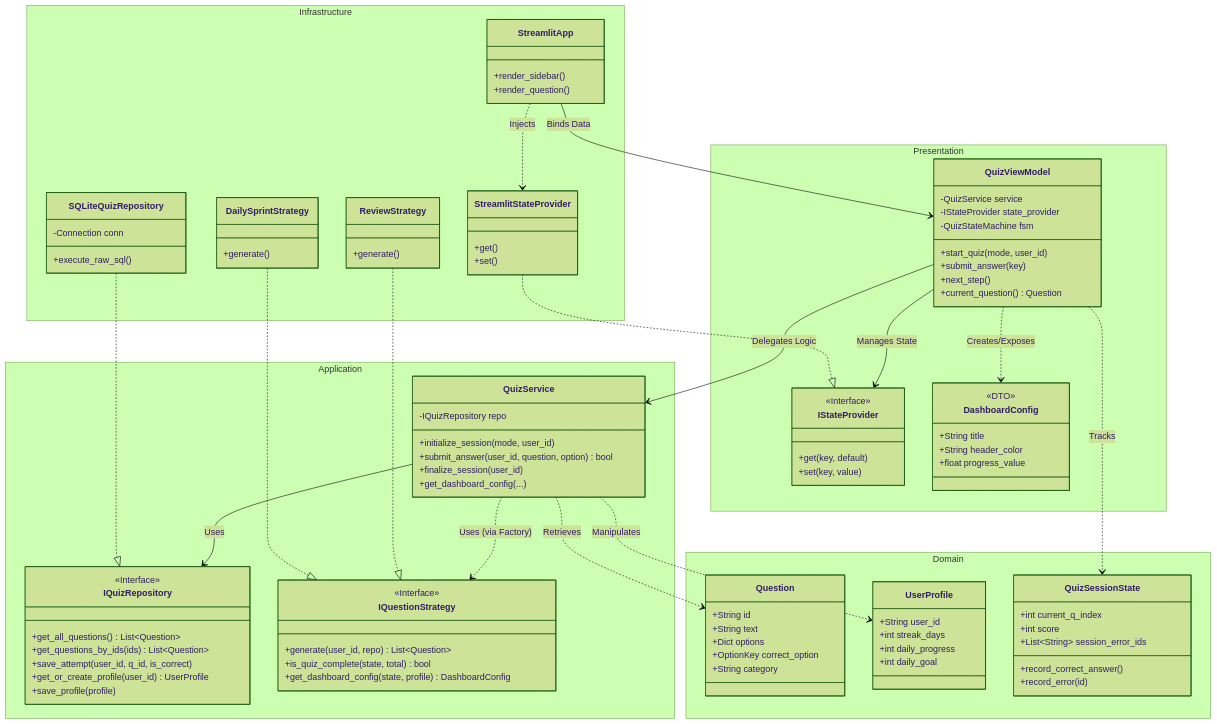
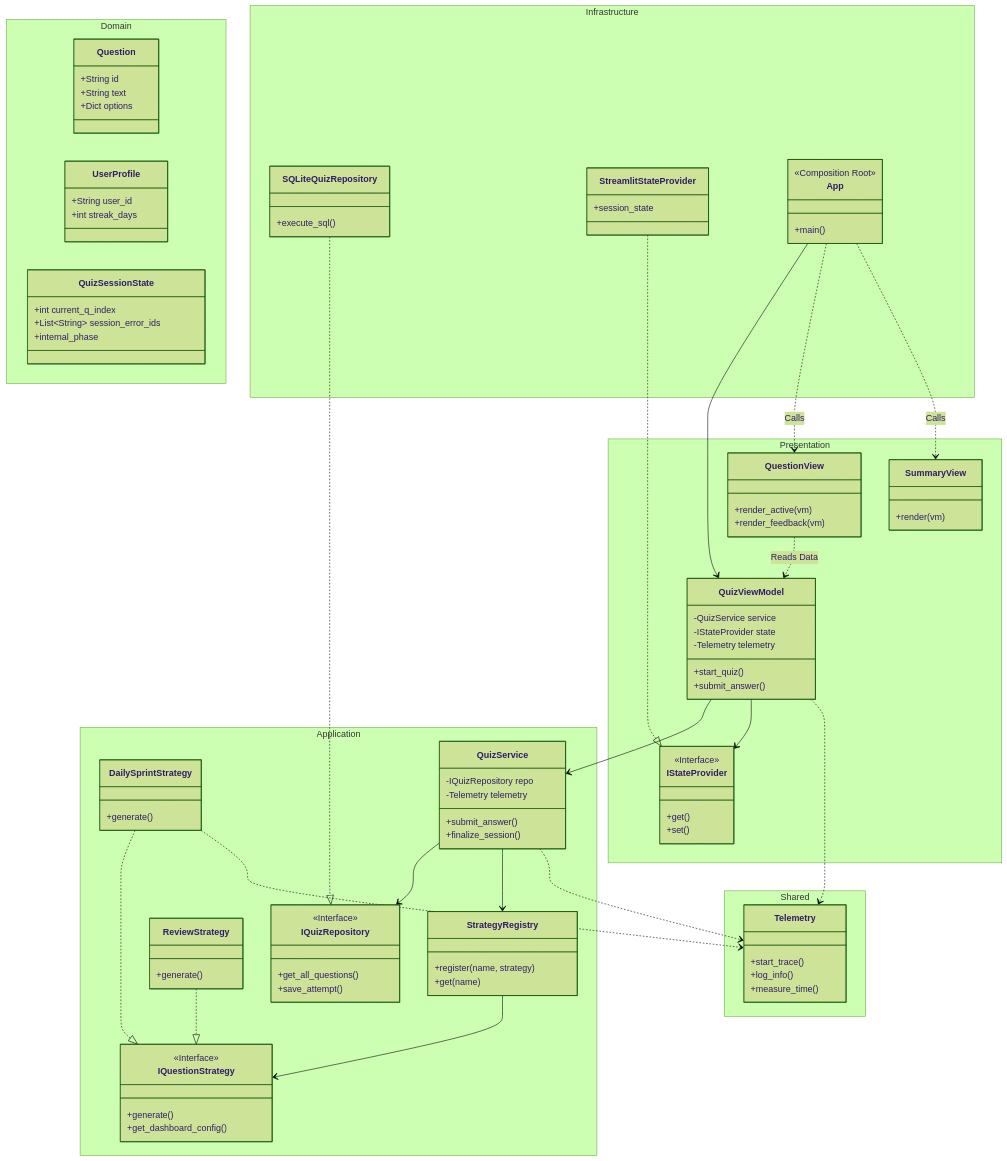
The second of 2 diagrams in doc/diagrams.md (m1981/forklift-quiz), drawn with Mermaid (forest theme) before and after one commit. The commit also changed other lines of this file and 1 other file, not shown here.

Commit message:
docs: add architecture overview and patterns

````diff
--- a/doc/diagrams.md
+++ b/doc/diagrams.md
@@ -31,119 +35,112 @@
 ```mermaid
 classDiagram
     %% ============================================================
-    %% LAYER 1: DOMAIN (Entities & Business Rules)
-    %% Pure Python. No dependencies on UI or DB.
+    %% SHARED KERNEL (Cross-Cutting)
+    %% ============================================================
+    namespace Shared {
+        class Telemetry {
+            +start_trace()
+            +log_info()
+            +measure_time()
+        }
+    }
+
+    %% ============================================================
+    %% LAYER 1: DOMAIN (Entities)
     %% ============================================================
     namespace Domain {
         class Question {
             +String id
             +String text
             +Dict options
-            +OptionKey correct_option
-            +String category
         }
-
         class UserProfile {
             +String user_id
             +int streak_days
-            +int daily_progress
-            +int daily_goal
         }
-
         class QuizSessionState {
             +int current_q_index
-            +int score
             +List~String~ session_error_ids
-            +record_correct_answer()
-            +record_error(id)
+            +internal_phase
         }
     }
 
     %% ============================================================
-    %% LAYER 2: APPLICATION (Use Cases & Contracts)
-    %% Orchestrates data flow. Defines Interfaces (Ports).
+    %% LAYER 2: APPLICATION (Business Logic)
     %% ============================================================
     namespace Application {
         class IQuizRepository {
             <<Interface>>
-            +get_all_questions() List~Question~
-            +get_questions_by_ids(ids) List~Question~
-            +save_attempt(user_id, q_id, is_correct)
-            +get_or_create_profile(user_id) UserProfile
-            +save_profile(profile)
+            +get_all_questions()
+            +save_attempt()
         }
 
         class IQuestionStrategy {
             <<Interface>>
-            +generate(user_id, repo) List~Question~
-            +is_quiz_complete(state, total) bool
-            +get_dashboard_config(state, profile) DashboardConfig
-        }
-
-        class QuizService {
-            -IQuizRepository repo
-            +initialize_session(mode, user_id)
-            +submit_answer(user_id, question, option) bool
-            +finalize_session(user_id)
-            +get_dashboard_config(...)
-        }
-    }
-
-    %% ============================================================
-    %% LAYER 3: PRESENTATION / ADAPTERS
-    %% Converts data for the UI.
-    %% ============================================================
-    namespace Presentation {
-        class IStateProvider {
-            <<Interface>>
-            +get(key, default)
-            +set(key, value)
-        }
-
-        class QuizViewModel {
-            -QuizService service
-            -IStateProvider state_provider
-            -QuizStateMachine fsm
-            +start_quiz(mode, user_id)
-            +submit_answer(key)
-            +next_step()
-            +current_question() Question
-        }
-
-        class DashboardConfig {
-            <<DTO>>
-            +String title
-            +String header_color
-            +float progress_value
-        }
-    }
-
-    %% ============================================================
-    %% LAYER 4: INFRASTRUCTURE (Frameworks & Drivers)
-    %% The dirty details. Points inward.
-    %% ============================================================
-    namespace Infrastructure {
-        class SQLiteQuizRepository {
-            -Connection conn
-            +execute_raw_sql()
-        }
-
-        class StreamlitStateProvider {
-            +get()
-            +set()
+            +generate()
+            +get_dashboard_config()
         }
 
         class DailySprintStrategy {
             +generate()
         }
-
         class ReviewStrategy {
             +generate()
         }
-        
-        class StreamlitApp {
-            +render_sidebar()
-            +render_question()
+
+        class StrategyRegistry {
+            +register(name, strategy)
+            +get(name)
+        }
+
+        class QuizService {
+            -IQuizRepository repo
+            -Telemetry telemetry
+            +submit_answer()
+            +finalize_session()
+        }
+    }
+
+    %% ============================================================
+    %% LAYER 3: PRESENTATION (UI Logic & Views)
+    %% ============================================================
+    namespace Presentation {
+        class IStateProvider {
+            <<Interface>>
+            +get()
+            +set()
+        }
+
+        class QuizViewModel {
+            -QuizService service
+            -IStateProvider state
+            -Telemetry telemetry
+            +start_quiz()
+            +submit_answer()
+        }
+
+        class QuestionView {
+            +render_active(vm)
+            +render_feedback(vm)
+        }
+        class SummaryView {
+            +render(vm)
+        }
+    }
+
+    %% ============================================================
+    %% LAYER 4: INFRASTRUCTURE (Frameworks)
+    %% ============================================================
+    namespace Infrastructure {
+        class SQLiteQuizRepository {
+            +execute_sql()
+        }
+        class StreamlitStateProvider {
+            +session_state
+        }
+        class App {
+            <<Composition Root>>
+            +main()
         }
     }
 
@@ -151,25 +148,29 @@
     %% RELATIONSHIPS
     %% ============================================================
 
-    %% Realization (Implements Interface)
+    %% Realization
     SQLiteQuizRepository ..|> IQuizRepository
     StreamlitStateProvider ..|> IStateProvider
     DailySprintStrategy ..|> IQuestionStrategy
     ReviewStrategy ..|> IQuestionStrategy
 
-    %% Composition / Association
-    QuizService --> IQuizRepository : Uses
-    QuizService ..> IQuestionStrategy : Uses (via Factory)
+    %% Application Wiring
+    QuizService --> IQuizRepository
+    QuizService --> StrategyRegistry
+    StrategyRegistry --> IQuestionStrategy
     
-    QuizViewModel --> QuizService : Delegates Logic
-    QuizViewModel --> IStateProvider : Manages State
-    QuizViewModel ..> DashboardConfig : Creates/Exposes
-
-    StreamlitApp --> QuizViewModel : Binds Data
-    StreamlitApp ..> StreamlitStateProvider : Injects
-
-    %% Domain Usage
-    QuizService ..> UserProfile : Manipulates
-    QuizService ..> Question : Retrieves
-    QuizViewModel ..> QuizSessionState : Tracks
+    %% Presentation Wiring
+    QuizViewModel --> QuizService
+    QuizViewModel --> IStateProvider
+    
+    %% View Delegation
+    App --> QuizViewModel
+    App ..> QuestionView : Calls
+    App ..> SummaryView : Calls
+    QuestionView ..> QuizViewModel : Reads Data
+    
+    %% Telemetry Usage
+    QuizService ..> Telemetry
+    QuizViewModel ..> Telemetry
+    DailySprintStrategy ..> Telemetry
 ```
````
